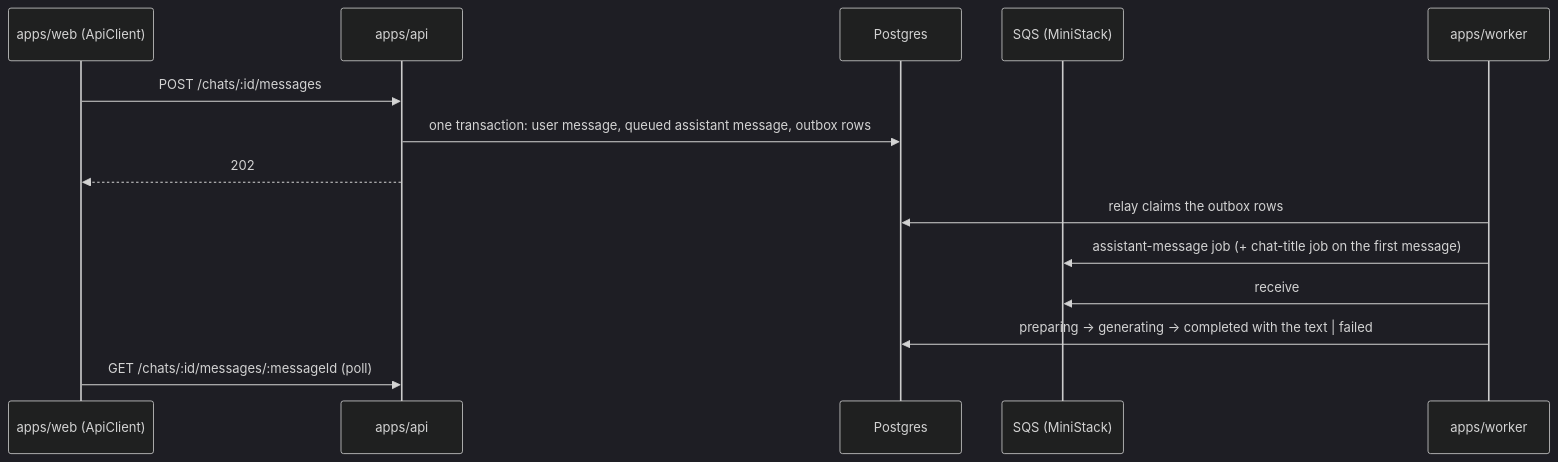
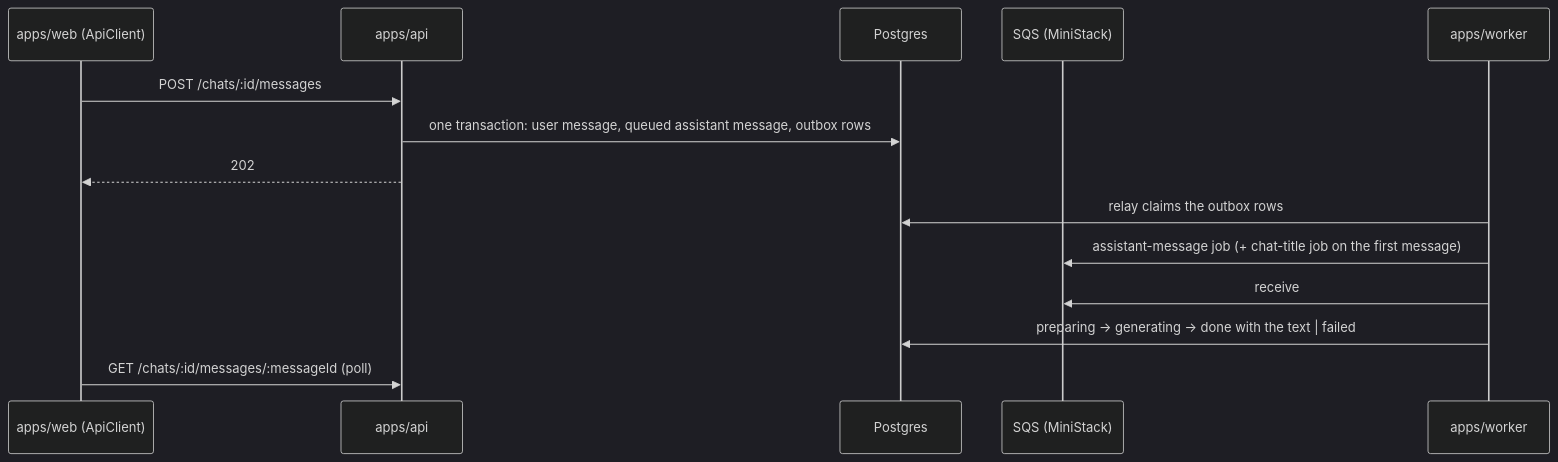
One commit to khotei/app-template changed the diagram in README.md. Above: the diagram before and after it, drawn with Mermaid (dark theme). The commit also changed other lines of this file and 33 other files, not shown here.

````diff
--- a/README.md
+++ b/README.md
@@ -22,16 +22,16 @@
 ```mermaid
 sequenceDiagram
   participant W as apps/web (ApiClient)
   participant A as apps/api
   participant S as Postgres
   participant Q as SQS (MiniStack)
   participant K as apps/worker
   W->>A: POST /chats/:id/messages
   A->>S: one transaction: user message, queued assistant message, outbox rows
   A-->>W: 202
   K->>S: relay claims the outbox rows
   K->>Q: assistant-message job (+ chat-title job on the first message)
   K->>Q: receive
-  K->>S: preparing → generating → completed with the text | failed
+  K->>S: preparing → generating → done with the text | failed
   W->>A: GET /chats/:id/messages/:messageId (poll)
 ```
````
